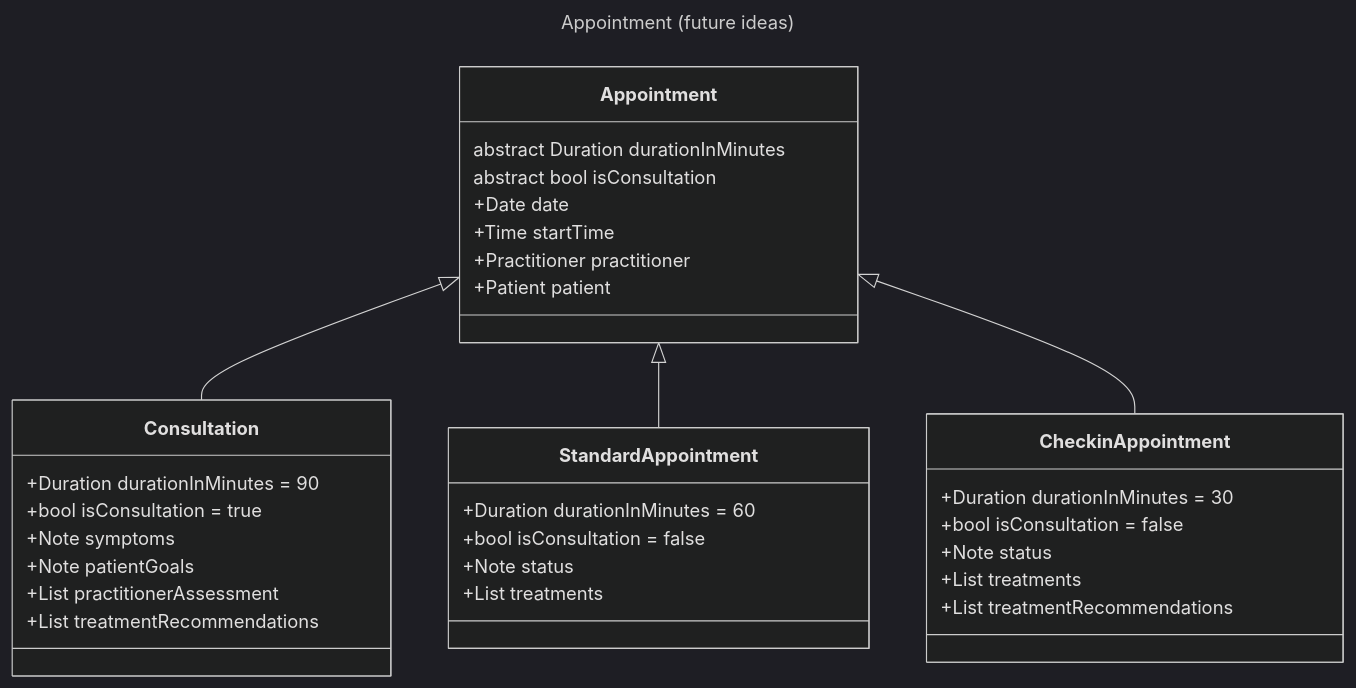
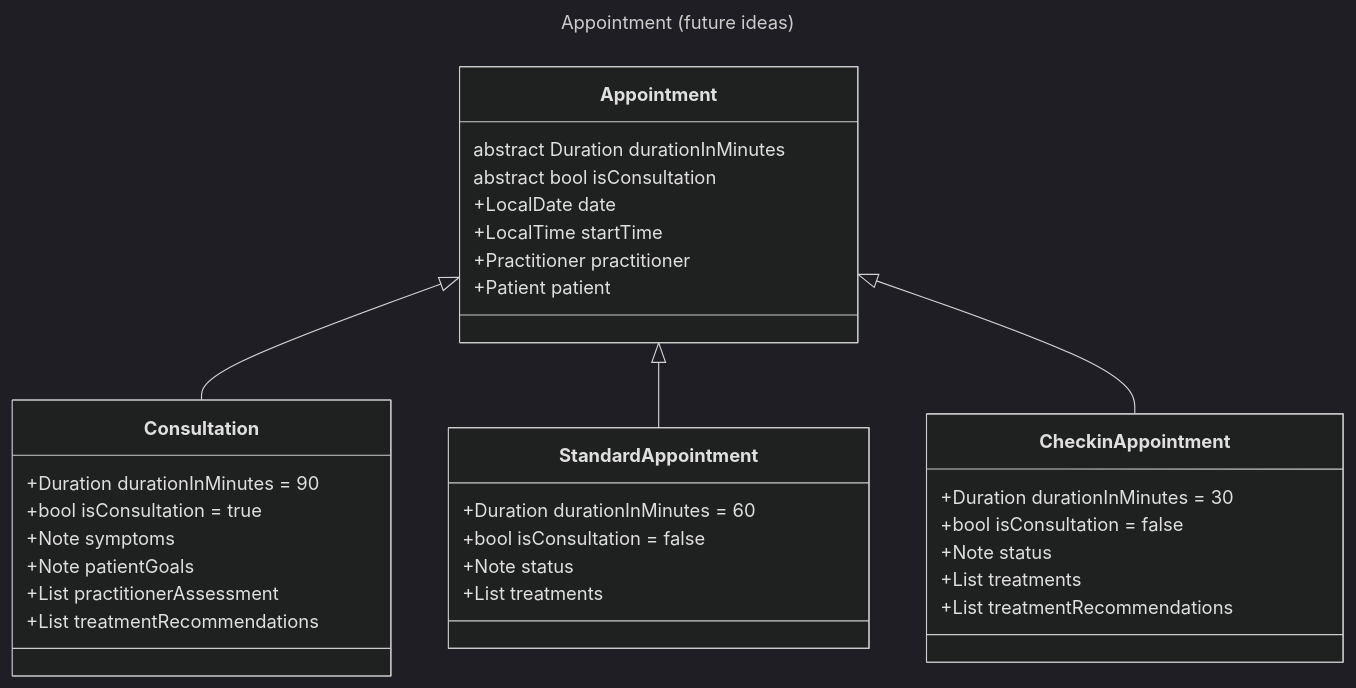
Before and after one commit to dkittle/Jane-clinic-exercise: the seventh of 7 diagrams in docs/Entities.md, drawn with Mermaid (dark theme). The commit also changed other lines of this file and 3 other files, not shown here.

````diff
--- a/docs/Entities.md
+++ b/docs/Entities.md
@@ -78,38 +88,38 @@
 ```mermaid
 ---
 title: Appointment (future ideas)
 ---
 classDiagram
     Appointment <|-- Consultation
     Appointment <|-- StandardAppointment
     Appointment <|-- CheckinAppointment
     class Appointment{
         abstract Duration durationInMinutes
         abstract bool isConsultation
-        +Date date
-        +Time startTime
+        +LocalDate date
+        +LocalTime startTime
         +Practitioner practitioner
         +Patient patient
     }
     class Consultation{
         +Duration durationInMinutes = 90
         +bool isConsultation = true
         +Note symptoms
         +Note patientGoals
         +List<Assessment> practitionerAssessment
         +List<TreatmentRecommendation> treatmentRecommendations
     }
     class StandardAppointment{
         +Duration durationInMinutes = 60
         +bool isConsultation = false
         +Note status
         +List<Treatment> treatments
     }
     class CheckinAppointment{
         +Duration durationInMinutes = 30
         +bool isConsultation = false
         +Note status
         +List<Treatment> treatments
         +List<TreatmentRecommendation> treatmentRecommendations
     }
 ```
````
